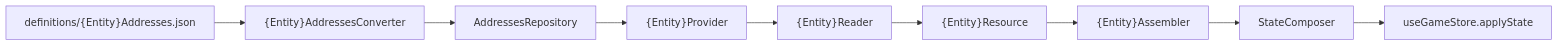
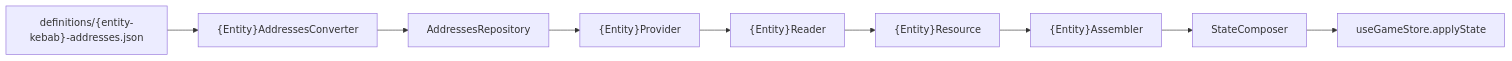
The diagram in .cursor/skills/memory-entity-integration/SKILL.md (RubenTeles/digivice), drawn with Mermaid before and after one commit. The commit also changed other lines of this file and 53 other files, not shown here.

````diff
--- a/.cursor/skills/memory-entity-integration/SKILL.md
+++ b/.cursor/skills/memory-entity-integration/SKILL.md
@@ -34,11 +34,11 @@
 ```mermaid
 graph LR
-    json["definitions/{Entity}Addresses.json"] --> converter["{Entity}AddressesConverter"]
+    json["definitions/{entity-kebab}-addresses.json"] --> converter["{Entity}AddressesConverter"]
     converter --> repo[AddressesRepository]
     repo --> provider["{Entity}Provider"]
     provider --> reader["{Entity}Reader"]
     reader --> resource["{Entity}Resource"]
     resource --> assembler["{Entity}Assembler"]
     assembler --> composer[StateComposer]
     composer --> store["useGameStore.applyState"]
 ```
````
